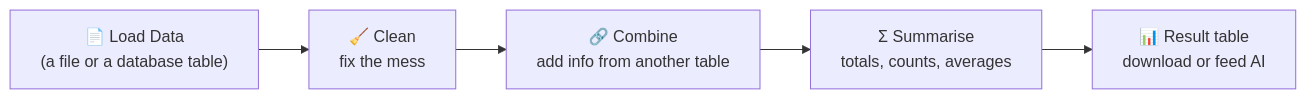
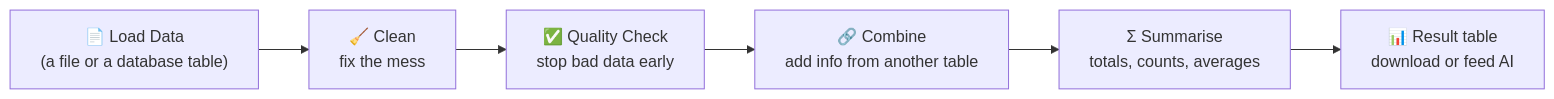
One commit to sohamvyas73/flowmind-ai changed the first of 2 diagrams in docs/data-pipelines-guide.md. Above: the diagram before and after it, drawn with Mermaid. The commit also changed other lines of this file and 49 other files, not shown here.

````diff
--- a/docs/data-pipelines-guide.md
+++ b/docs/data-pipelines-guide.md
@@ -17,7 +17,8 @@
 ```mermaid
 flowchart LR
     A["📄 Load Data<br/>(a file or a database table)"] --> B["🧹 Clean<br/>fix the mess"]
-    B --> C["🔗 Combine<br/>add info from another table"]
+    B --> Q["✅ Quality Check<br/>stop bad data early"]
+    Q --> C["🔗 Combine<br/>add info from another table"]
     C --> D["Σ Summarise<br/>totals, counts, averages"]
     D --> E["📊 Result table<br/>download or feed AI"]
 ```
````
